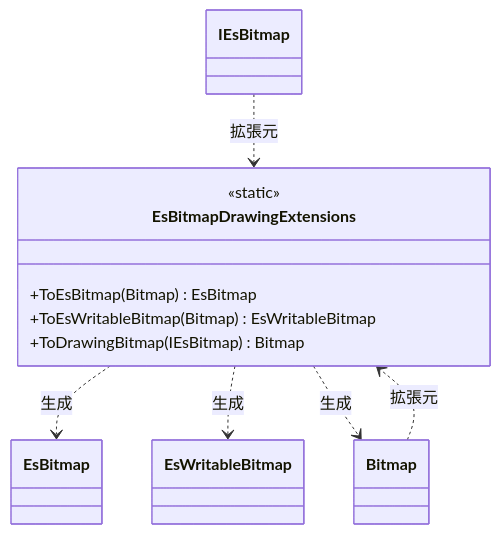
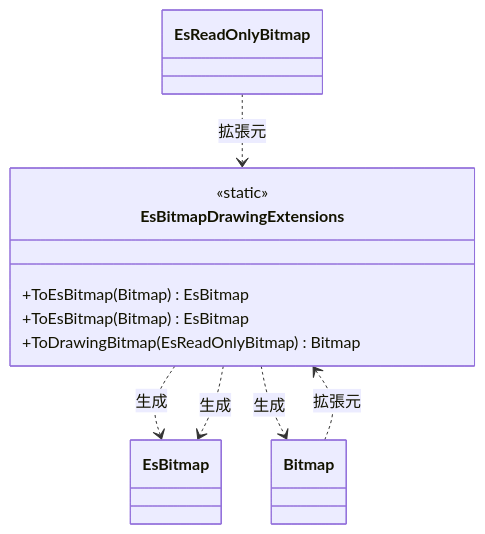
One commit to tomokuni/SaveEvidence changed the second of 2 diagrams in src/EsUtil.Platform.Core.Windows/docs/SPEC_System.md. Above: the diagram before and after it, drawn with Mermaid. The commit also changed other lines of this file and 41 other files, not shown here.

````diff
--- a/src/EsUtil.Platform.Core.Windows/docs/SPEC_System.md
+++ b/src/EsUtil.Platform.Core.Windows/docs/SPEC_System.md
@@ -63,18 +63,18 @@
 ```mermaid
 classDiagram
     class EsBitmapDrawingExtensions {
         <<static>>
         +ToEsBitmap(Bitmap) EsBitmap
-        +ToEsWritableBitmap(Bitmap) EsWritableBitmap
-        +ToDrawingBitmap(IEsBitmap) Bitmap
+        +ToEsBitmap(Bitmap) EsBitmap
+        +ToDrawingBitmap(EsReadOnlyBitmap) Bitmap
     }
     class Bitmap
-    class IEsBitmap
+    class EsReadOnlyBitmap
     class EsBitmap
-    class EsWritableBitmap
+    class EsBitmap
     Bitmap ..> EsBitmapDrawingExtensions : 拡張元
-    IEsBitmap ..> EsBitmapDrawingExtensions : 拡張元
+    EsReadOnlyBitmap ..> EsBitmapDrawingExtensions : 拡張元
     EsBitmapDrawingExtensions ..> EsBitmap : 生成
-    EsBitmapDrawingExtensions ..> EsWritableBitmap : 生成
+    EsBitmapDrawingExtensions ..> EsBitmap : 生成
     EsBitmapDrawingExtensions ..> Bitmap : 生成
 ```
````
